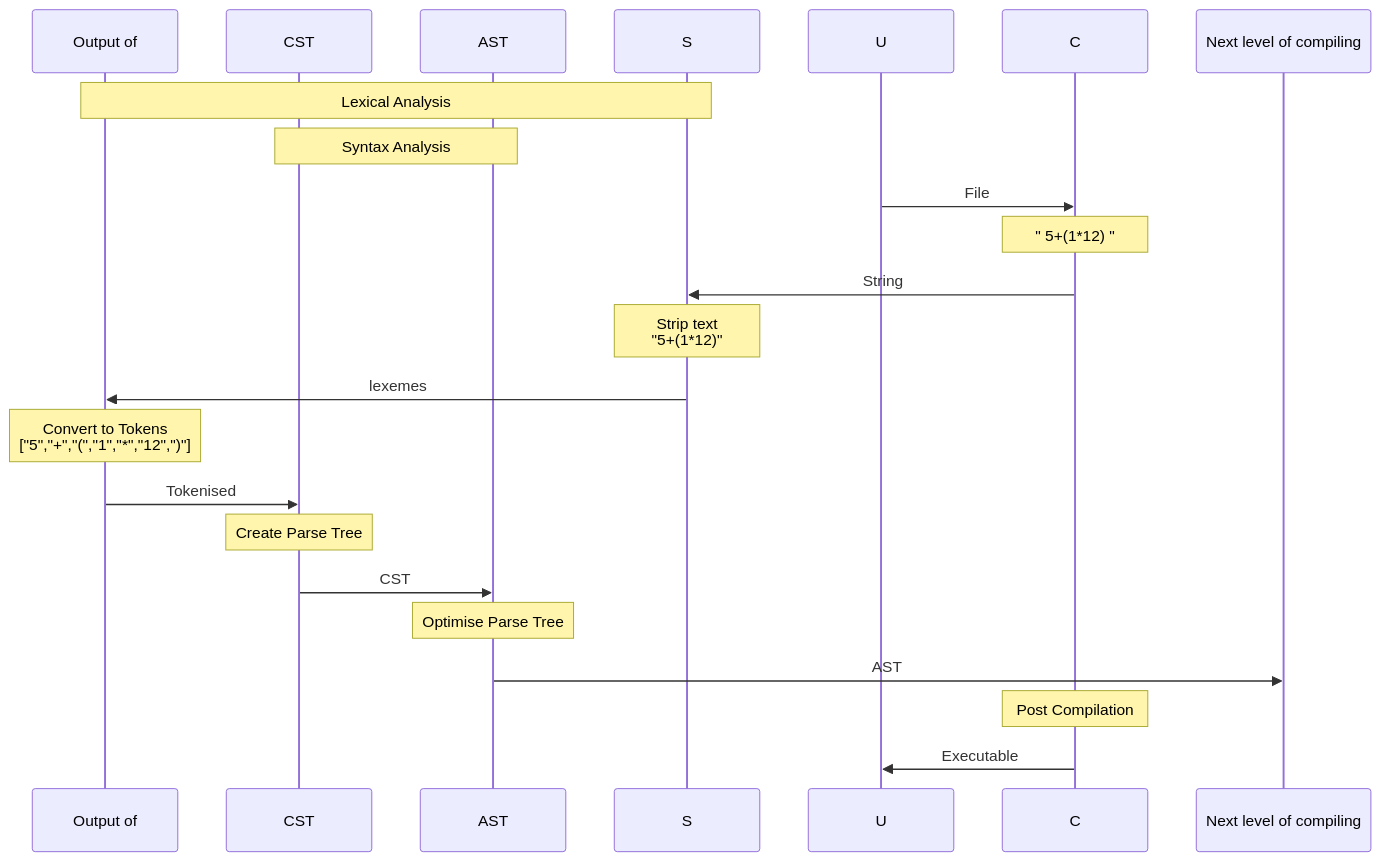
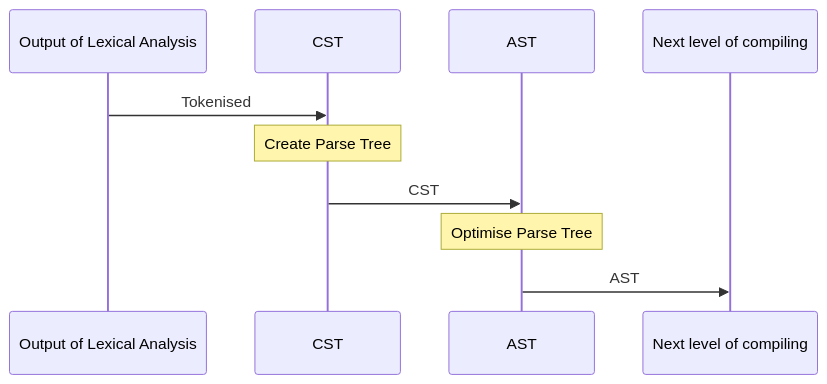
One commit to trshant-sugoi/stackedit changed the third of 5 diagrams in drafts/2019-02-25-Compiler-I-AST.md. Above: the diagram before and after it, drawn with Mermaid. The commit also changed other lines of this file, not shown here.

Commit message:
drafts/2019-02-25-Compiler-I-AST.md updated from https://stackedit.io/

````diff
--- a/drafts/2019-02-25-Compiler-I-AST.md
+++ b/drafts/2019-02-25-Compiler-I-AST.md
@@ -58,22 +60,12 @@
 ```mermaid
 sequenceDiagram
-participant T as Output of    
+participant T as Output of Lexical Analysis   
 participant SA1 as CST
 participant SA2 as AST 
 
-Note over S,T: Lexical Analysis
-Note over SA1,SA2: Syntax Analysis
-U ->> C  : File  
-Note over C: " 5+(1*12) "
-C ->> S  : String
-Note over S: Strip text <br/>"5+(1*12)"
-S ->> T  : lexemes  
-Note over T: Convert to Tokens<br/>["5","+","(","1","*","12",")"]
 T ->> SA1 : Tokenised   
 Note over SA1: Create Parse Tree
 SA1  ->> SA2 : CST
 Note over SA2: Optimise Parse Tree
 SA2  ->> Next level of compiling: AST 
-Note over C: Post Compilation
-C ->> U: Executable  
 ```  
````
